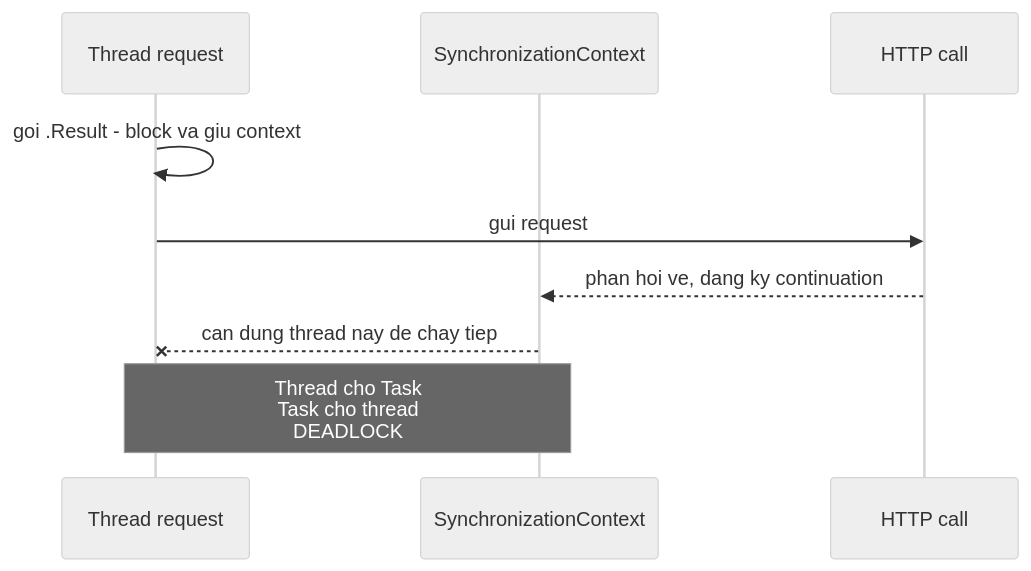
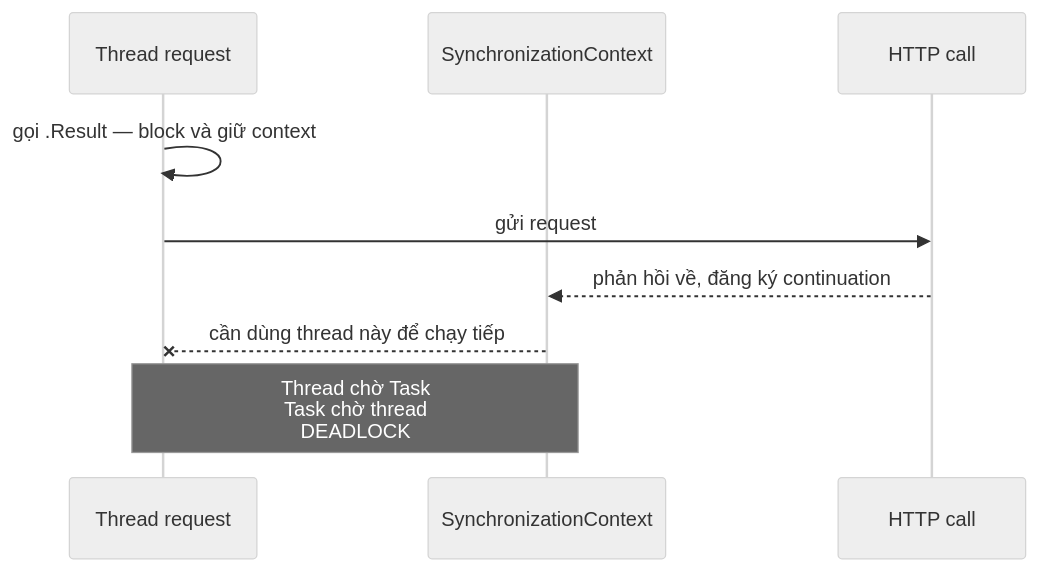
Before and after one commit to TienNHM/tiennhm.github.io: the diagram in docs/09-dotnet-backend-zero-to-senior/stage-02-csharp-professional/module-06-async-programming/6.3-configureawait.mdx, drawn with Mermaid (neutral theme). The commit also changed other lines of this file and 10 other files, not shown here.

````diff
--- a/docs/09-dotnet-backend-zero-to-senior/stage-02-csharp-professional/module-06-async-programming/6.3-configureawait.mdx
+++ b/docs/09-dotnet-backend-zero-to-senior/stage-02-csharp-professional/module-06-async-programming/6.3-configureawait.mdx
@@ -60,11 +60,11 @@
 ```mermaid
 sequenceDiagram
     participant T as Thread request
     participant C as SynchronizationContext
     participant IO as HTTP call
-    T->>T: goi .Result - block va giu context
-    T->>IO: gui request
-    IO-->>C: phan hoi ve, dang ky continuation
-    C--xT: can dung thread nay de chay tiep
-    Note over T,C: Thread cho Task<br/>Task cho thread<br/>DEADLOCK
+    T->>T: gọi .Result — block và giữ context
+    T->>IO: gửi request
+    IO-->>C: phản hồi về, đăng ký continuation
+    C--xT: cần dùng thread này để chạy tiếp
+    Note over T,C: Thread chờ Task<br/>Task chờ thread<br/>DEADLOCK
 ```
````
